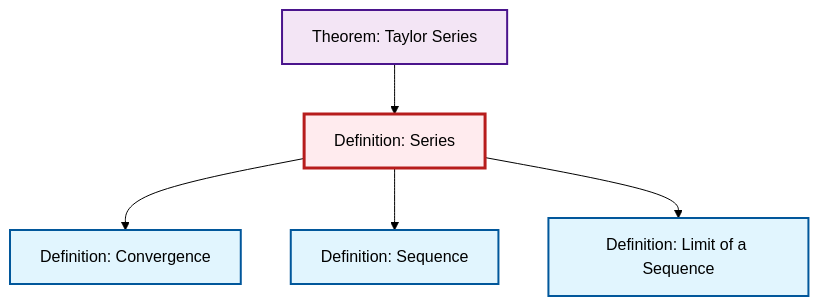
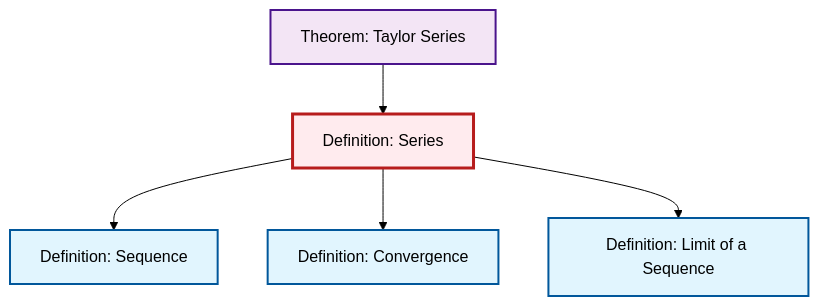
One commit to RK0429/ModernMath changed the diagram in content/en/analysis/def-series.qmd. Above: the diagram before and after it, drawn with Mermaid (forest theme). The commit also changed other lines of this file and 1012 other files, not shown here.

````diff
--- a/content/en/analysis/def-series.qmd
+++ b/content/en/analysis/def-series.qmd
@@ -90,23 +90,23 @@
 ```{mermaid}
 %%| fig-cap: "Local dependency graph"
 graph TD
     classDef definition fill:#e1f5fe,stroke:#01579b,stroke-width:2px
     classDef theorem fill:#f3e5f5,stroke:#4a148c,stroke-width:2px
     classDef axiom fill:#fff3e0,stroke:#e65100,stroke-width:2px
     classDef example fill:#e8f5e9,stroke:#1b5e20,stroke-width:2px
     classDef current fill:#ffebee,stroke:#b71c1c,stroke-width:3px
     def-limit["Definition: Limit of a Sequence"]:::definition
     def-series["Definition: Series"]:::definition
+    def-convergence["Definition: Convergence"]:::definition
     def-sequence["Definition: Sequence"]:::definition
-    def-convergence["Definition: Convergence"]:::definition
     thm-taylor-series["Theorem: Taylor Series"]:::theorem
     thm-taylor-series --> def-series
+    def-series --> def-sequence
     def-series --> def-convergence
-    def-series --> def-sequence
     def-series --> def-limit
     class def-series current
     click def-limit "def-limit.html" "Go to Limit of a Sequence definition"
+    click def-convergence "def-convergence.html" "Go to Convergence definition"
     click def-sequence "def-sequence.html" "Go to Sequence definition"
-    click def-convergence "def-convergence.html" "Go to Convergence definition"
     click thm-taylor-series "thm-taylor-series.html" "Go to Taylor Series theorem"
 ```
````
